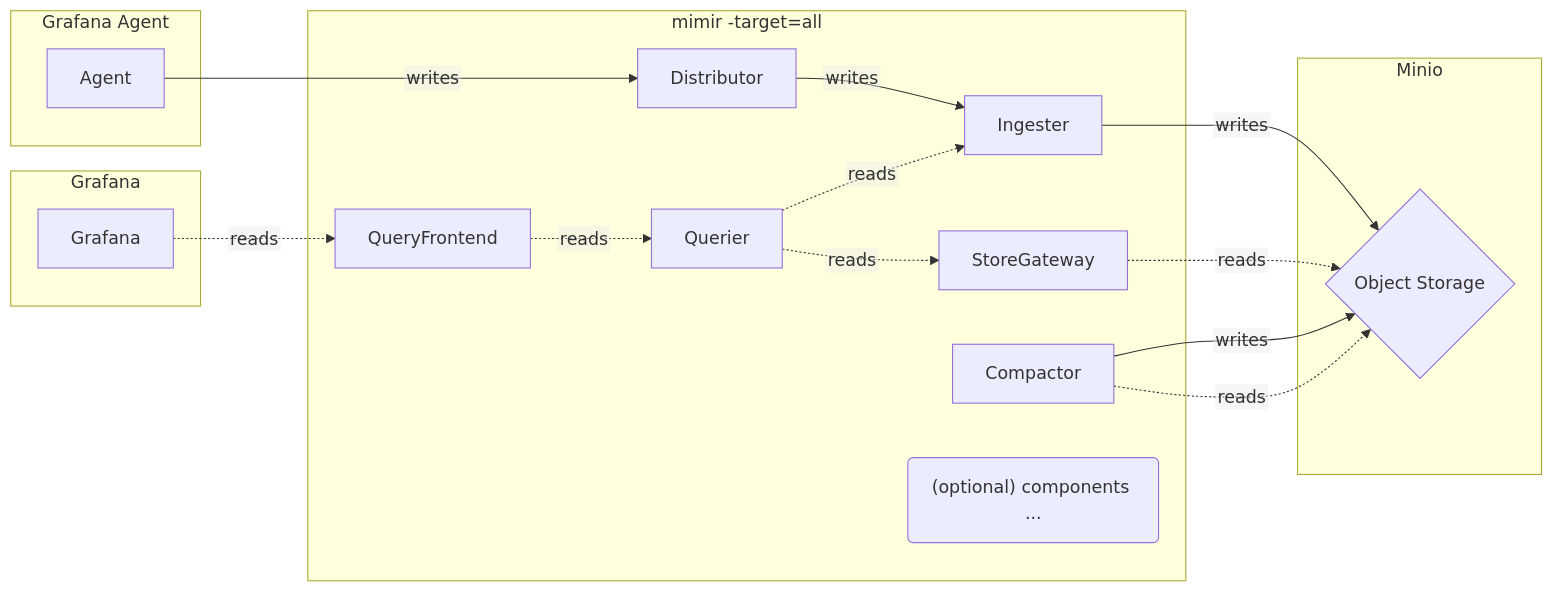
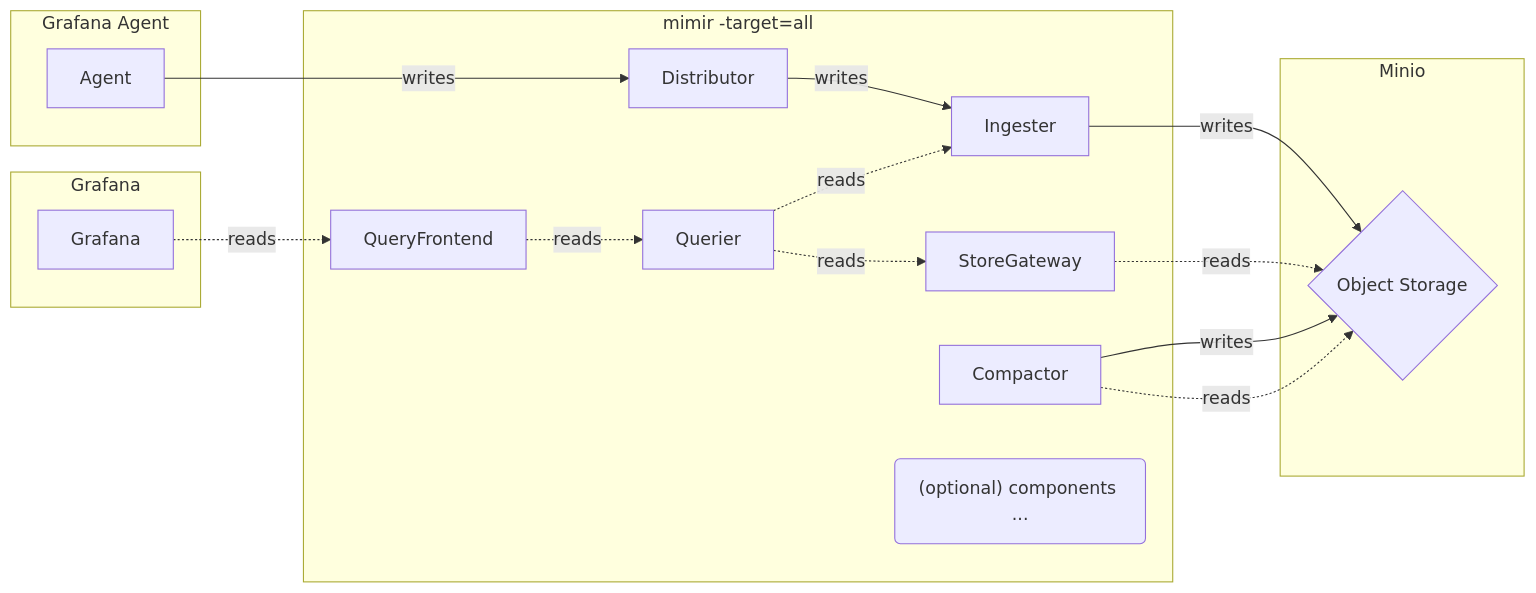
One commit to qclaogui/codelab-monitoring changed the first of 2 diagrams in docker-compose/monolithic-mode/metrics/README.md. Above: the diagram before and after it, drawn with Mermaid. The commit also changed 3 other files, not shown here.

````diff
--- a/docker-compose/monolithic-mode/metrics/README.md
+++ b/docker-compose/monolithic-mode/metrics/README.md
@@ -10,32 +10,31 @@
 ```mermaid
-%%{init: {"flowchart": {"htmlLabels": false}} }%%
 flowchart LR
     Agent   --->|writes| Distributor -->   |writes| Ingester --> |writes| ObjectStorage
     Grafana -.->|reads | QueryFrontend -.->|reads | Querier  -.->|reads | StoreGateway -.->|reads| ObjectStorage
 
     subgraph Minio
         ObjectStorage{"Object Storage"}
     end
 
     subgraph GrafanaAgent["Grafana Agent"]
         Agent
     end
 
     subgraph GFGraph["Grafana"]
         Grafana
     end
 
     subgraph Mimir["mimir -target=all"]
         Ingester
         Distributor
         StoreGateway
         QueryFrontend
         Querier -.->|reads| Ingester
         
         Compactor --> |writes| ObjectStorage
         Compactor -.->|reads | ObjectStorage
         
-        Optional("`(optional) components ...`")
+        Optional("(optional) components ...")
     end
 
 ```
````
